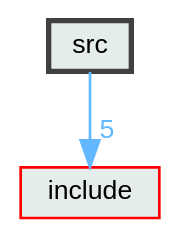
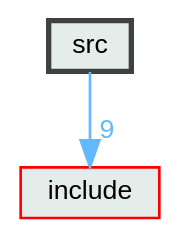
Before and after one commit to kjvbrt/ral: the diagram in docs/dir_68267d1309a1af8e8297ef4c3efbcdba_dep.dot, drawn with Graphviz. The commit also changed 131 other files, not shown here.

```diff
--- a/docs/dir_68267d1309a1af8e8297ef4c3efbcdba_dep.dot
+++ b/docs/dir_68267d1309a1af8e8297ef4c3efbcdba_dep.dot
@@ -1,11 +1,11 @@
 digraph "src"
 {
  // LATEX_PDF_SIZE
   bgcolor="transparent";
   edge [fontname=Helvetica,fontsize=10,labelfontname=Helvetica,labelfontsize=10];
   node [fontname=Helvetica,fontsize=10,shape=box,height=0.2,width=0.4];
   compound=true
   dir_68267d1309a1af8e8297ef4c3efbcdba [label="src", fillcolor="#e4edea", color="grey25", style="filled,bold", URL="dir_68267d1309a1af8e8297ef4c3efbcdba.html",tooltip=""];
   dir_d44c64559bbebec7f509842c48db8b23 [label="include", fillcolor="#e4edea", color="red", style="filled", URL="dir_d44c64559bbebec7f509842c48db8b23.html",tooltip=""];
-  dir_68267d1309a1af8e8297ef4c3efbcdba->dir_d44c64559bbebec7f509842c48db8b23 [headlabel="5", labeldistance=1.5 headhref="dir_000002_000000.html" href="dir_000002_000000.html" color="steelblue1" fontcolor="steelblue1"];
+  dir_68267d1309a1af8e8297ef4c3efbcdba->dir_d44c64559bbebec7f509842c48db8b23 [headlabel="9", labeldistance=1.5 headhref="dir_000002_000000.html" href="dir_000002_000000.html" color="steelblue1" fontcolor="steelblue1"];
 }
```
